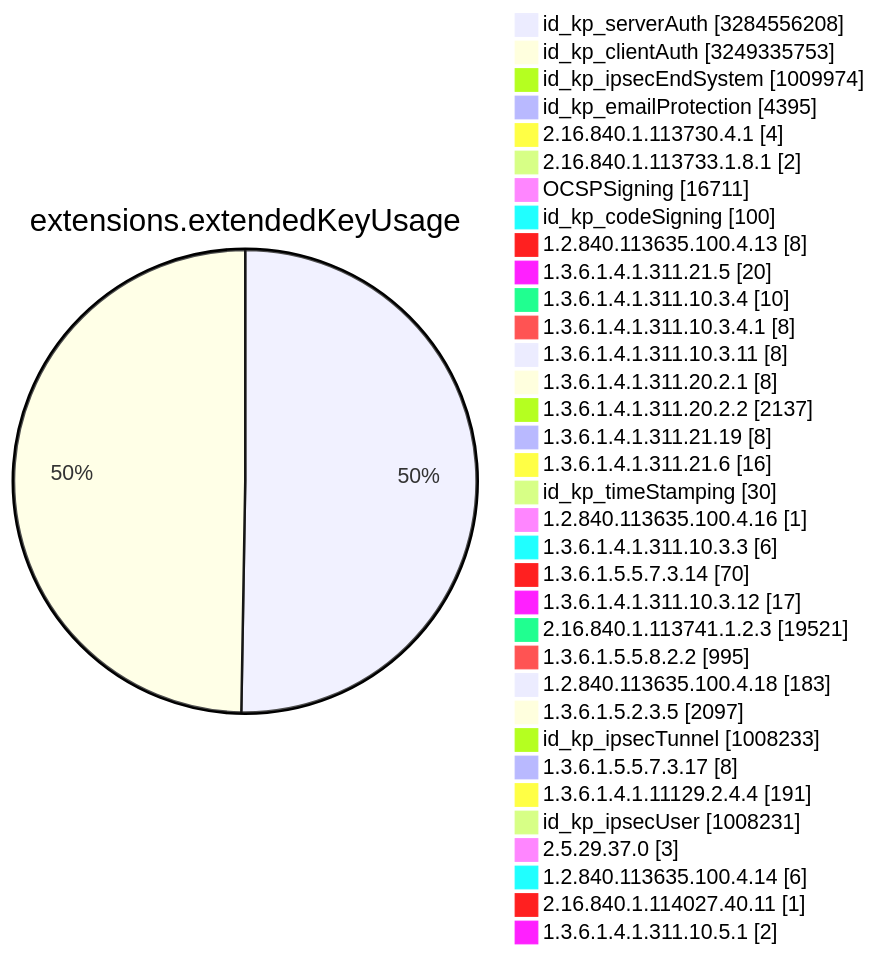
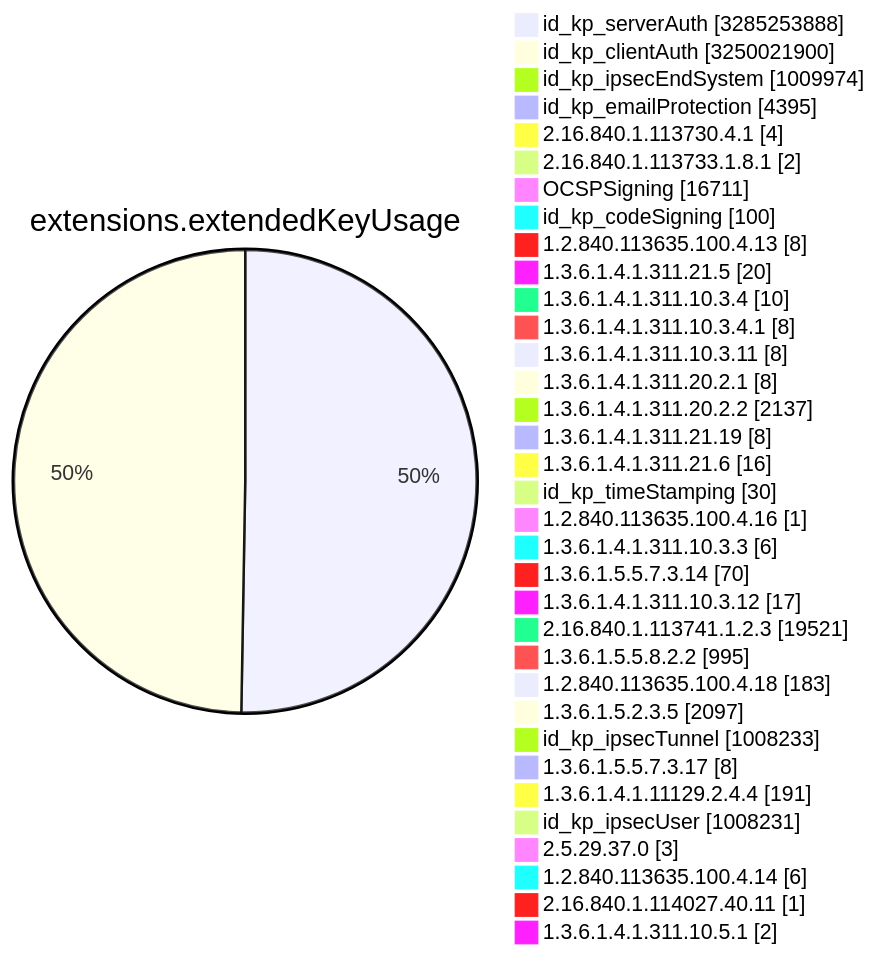
Before and after one commit to christiankrug/ctmonitor_visualization: diagram 11 of 15 in TOTAL/README.md, drawn with Mermaid. The commit also changed other lines of this file, not shown here.

````diff
--- a/TOTAL/README.md
+++ b/TOTAL/README.md
@@ -4119,38 +4119,38 @@
 ```mermaid
 pie showData
 title extensions.extendedKeyUsage
-"id_kp_serverAuth" :3284556208
-"id_kp_clientAuth" :3249335753
+"id_kp_serverAuth" :3285253888
+"id_kp_clientAuth" :3250021900
 "id_kp_ipsecEndSystem" :1009974
 "id_kp_emailProtection" :4395
 "2.16.840.1.113730.4.1" :4
 "2.16.840.1.113733.1.8.1" :2
 "OCSPSigning" :16711
 "id_kp_codeSigning" :100
 "1.2.840.113635.100.4.13" :8
 "1.3.6.1.4.1.311.21.5" :20
 "1.3.6.1.4.1.311.10.3.4" :10
 "1.3.6.1.4.1.311.10.3.4.1" :8
 "1.3.6.1.4.1.311.10.3.11" :8
 "1.3.6.1.4.1.311.20.2.1" :8
 "1.3.6.1.4.1.311.20.2.2" :2137
 "1.3.6.1.4.1.311.21.19" :8
 "1.3.6.1.4.1.311.21.6" :16
 "id_kp_timeStamping" :30
 "1.2.840.113635.100.4.16" :1
 "1.3.6.1.4.1.311.10.3.3" :6
 "1.3.6.1.5.5.7.3.14" :70
 "1.3.6.1.4.1.311.10.3.12" :17
 "2.16.840.1.113741.1.2.3" :19521
 "1.3.6.1.5.5.8.2.2" :995
 "1.2.840.113635.100.4.18" :183
 "1.3.6.1.5.2.3.5" :2097
 "id_kp_ipsecTunnel" :1008233
 "1.3.6.1.5.5.7.3.17" :8
 "1.3.6.1.4.1.11129.2.4.4" :191
 "id_kp_ipsecUser" :1008231
 "2.5.29.37.0" :3
 "1.2.840.113635.100.4.14" :6
 "2.16.840.1.114027.40.11" :1
 "1.3.6.1.4.1.311.10.5.1" :2
 ```
````
